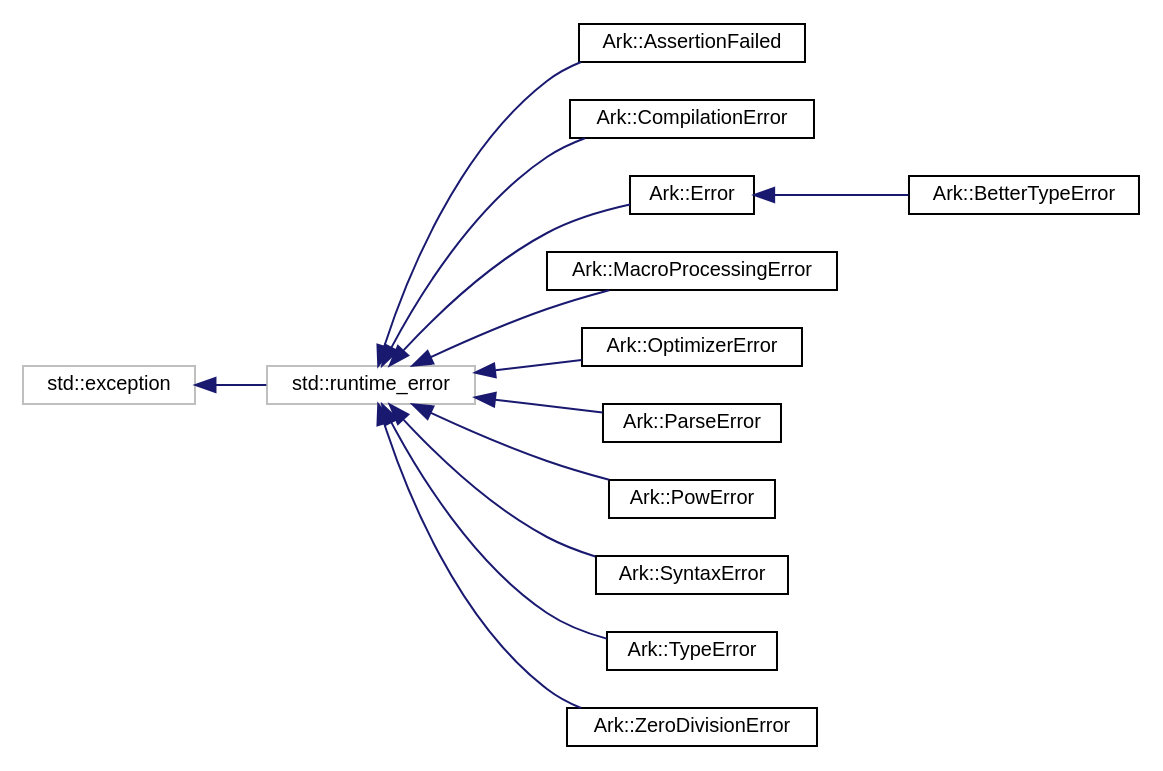
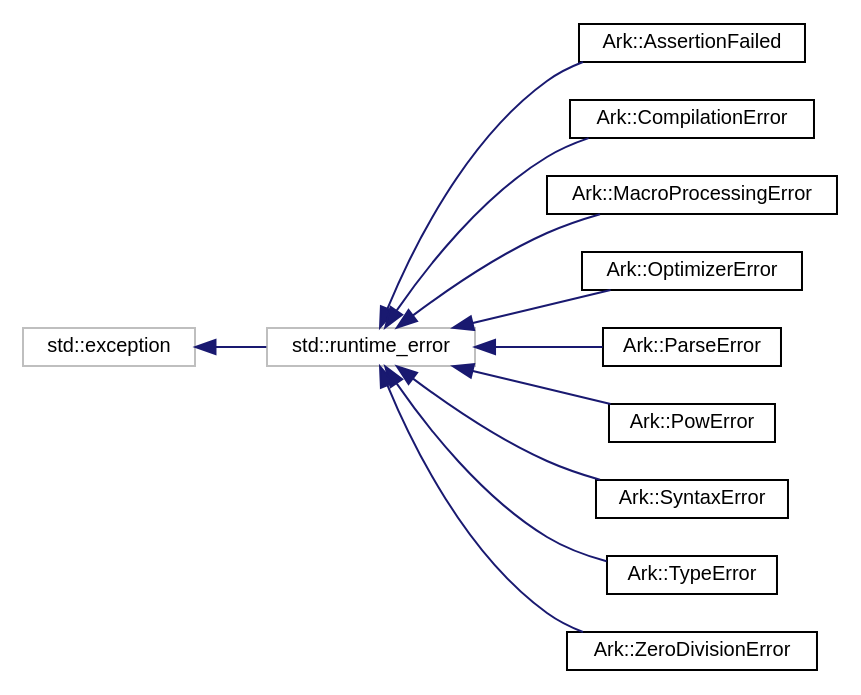
The diagram in docs/impl/inherit_graph_0.dot (ArkScript-lang/old-website), drawn with Graphviz before and after one commit. The commit also changed 558 other files, not shown here.

```diff
--- a/docs/impl/inherit_graph_0.dot
+++ b/docs/impl/inherit_graph_0.dot
@@ -1,33 +1,29 @@
 digraph "Graphical Class Hierarchy"
 {
  // INTERACTIVE_SVG=YES
  // LATEX_PDF_SIZE
   edge [fontname="Helvetica",fontsize="10",labelfontname="Helvetica",labelfontsize="10"];
   node [fontname="Helvetica",fontsize="10",shape=record];
   rankdir="LR";
-  Node5 [label="std::exception",height=0.2,width=0.4,color="grey75", fillcolor="white", style="filled",tooltip=" "];
-  Node5 -> Node6 [dir="back",color="midnightblue",fontsize="10",style="solid",fontname="Helvetica"];
-  Node6 [label="std::runtime_error",height=0.2,width=0.4,color="grey75", fillcolor="white", style="filled",tooltip=" "];
-  Node6 -> Node0 [dir="back",color="midnightblue",fontsize="10",style="solid",fontname="Helvetica"];
+  Node6 [label="std::exception",height=0.2,width=0.4,color="grey75", fillcolor="white", style="filled",tooltip=" "];
+  Node6 -> Node7 [dir="back",color="midnightblue",fontsize="10",style="solid",fontname="Helvetica"];
+  Node7 [label="std::runtime_error",height=0.2,width=0.4,color="grey75", fillcolor="white", style="filled",tooltip=" "];
+  Node7 -> Node0 [dir="back",color="midnightblue",fontsize="10",style="solid",fontname="Helvetica"];
   Node0 [label="Ark::AssertionFailed",height=0.2,width=0.4,color="black", fillcolor="white", style="filled",URL="$d3/df9/classArk_1_1AssertionFailed.html",tooltip="An assertion error, only triggered from ArkScript code through (assert expr error-message)"];
-  Node6 -> Node8 [dir="back",color="midnightblue",fontsize="10",style="solid",fontname="Helvetica"];
-  Node8 [label="Ark::CompilationError",height=0.2,width=0.4,color="black", fillcolor="white", style="filled",URL="$d4/d64/classArk_1_1CompilationError.html",tooltip="CompilationError thrown by the compiler."];
-  Node6 -> Node9 [dir="back",color="midnightblue",fontsize="10",style="solid",fontname="Helvetica"];
-  Node9 [label="Ark::Error",height=0.2,width=0.4,color="black", fillcolor="white", style="filled",URL="$d6/d43/classArk_1_1Error.html",tooltip=" "];
-  Node9 -> Node10 [dir="back",color="midnightblue",fontsize="10",style="solid",fontname="Helvetica"];
-  Node10 [label="Ark::BetterTypeError",height=0.2,width=0.4,color="black", fillcolor="white", style="filled",URL="$d8/d25/classArk_1_1BetterTypeError.html",tooltip="A type error triggered when types don't match."];
-  Node6 -> Node11 [dir="back",color="midnightblue",fontsize="10",style="solid",fontname="Helvetica"];
-  Node11 [label="Ark::MacroProcessingError",height=0.2,width=0.4,color="black", fillcolor="white", style="filled",URL="$d7/d7c/classArk_1_1MacroProcessingError.html",tooltip="MacroProcessingError thrown by the compiler."];
-  Node6 -> Node12 [dir="back",color="midnightblue",fontsize="10",style="solid",fontname="Helvetica"];
-  Node12 [label="Ark::OptimizerError",height=0.2,width=0.4,color="black", fillcolor="white", style="filled",URL="$d6/d47/classArk_1_1OptimizerError.html",tooltip="OptimizerError thrown by the AST optimizer."];
-  Node6 -> Node13 [dir="back",color="midnightblue",fontsize="10",style="solid",fontname="Helvetica"];
-  Node13 [label="Ark::ParseError",height=0.2,width=0.4,color="black", fillcolor="white", style="filled",URL="$d9/d1a/classArk_1_1ParseError.html",tooltip="ParseError thrown by the parser."];
-  Node6 -> Node14 [dir="back",color="midnightblue",fontsize="10",style="solid",fontname="Helvetica"];
-  Node14 [label="Ark::PowError",height=0.2,width=0.4,color="black", fillcolor="white", style="filled",URL="$d8/d05/classArk_1_1PowError.html",tooltip="A pow error triggered when we can't do a pow b."];
-  Node6 -> Node15 [dir="back",color="midnightblue",fontsize="10",style="solid",fontname="Helvetica"];
-  Node15 [label="Ark::SyntaxError",height=0.2,width=0.4,color="black", fillcolor="white", style="filled",URL="$dd/d6d/classArk_1_1SyntaxError.html",tooltip="SyntaxError thrown by the lexer."];
-  Node6 -> Node16 [dir="back",color="midnightblue",fontsize="10",style="solid",fontname="Helvetica"];
-  Node16 [label="Ark::TypeError",height=0.2,width=0.4,color="black", fillcolor="white", style="filled",URL="$d2/d26/classArk_1_1TypeError.html",tooltip="A type error triggered when types don't match."];
-  Node6 -> Node17 [dir="back",color="midnightblue",fontsize="10",style="solid",fontname="Helvetica"];
-  Node17 [label="Ark::ZeroDivisionError",height=0.2,width=0.4,color="black", fillcolor="white", style="filled",URL="$da/d18/classArk_1_1ZeroDivisionError.html",tooltip="A special zero division error triggered when a number is divided by 0."];
+  Node7 -> Node9 [dir="back",color="midnightblue",fontsize="10",style="solid",fontname="Helvetica"];
+  Node9 [label="Ark::CompilationError",height=0.2,width=0.4,color="black", fillcolor="white", style="filled",URL="$d4/d64/classArk_1_1CompilationError.html",tooltip="CompilationError thrown by the compiler."];
+  Node7 -> Node10 [dir="back",color="midnightblue",fontsize="10",style="solid",fontname="Helvetica"];
+  Node10 [label="Ark::MacroProcessingError",height=0.2,width=0.4,color="black", fillcolor="white", style="filled",URL="$d7/d7c/classArk_1_1MacroProcessingError.html",tooltip="MacroProcessingError thrown by the compiler."];
+  Node7 -> Node11 [dir="back",color="midnightblue",fontsize="10",style="solid",fontname="Helvetica"];
+  Node11 [label="Ark::OptimizerError",height=0.2,width=0.4,color="black", fillcolor="white", style="filled",URL="$d6/d47/classArk_1_1OptimizerError.html",tooltip="OptimizerError thrown by the AST optimizer."];
+  Node7 -> Node12 [dir="back",color="midnightblue",fontsize="10",style="solid",fontname="Helvetica"];
+  Node12 [label="Ark::ParseError",height=0.2,width=0.4,color="black", fillcolor="white", style="filled",URL="$d9/d1a/classArk_1_1ParseError.html",tooltip="ParseError thrown by the parser."];
+  Node7 -> Node13 [dir="back",color="midnightblue",fontsize="10",style="solid",fontname="Helvetica"];
+  Node13 [label="Ark::PowError",height=0.2,width=0.4,color="black", fillcolor="white", style="filled",URL="$d8/d05/classArk_1_1PowError.html",tooltip="A pow error triggered when we can't do a pow b."];
+  Node7 -> Node14 [dir="back",color="midnightblue",fontsize="10",style="solid",fontname="Helvetica"];
+  Node14 [label="Ark::SyntaxError",height=0.2,width=0.4,color="black", fillcolor="white", style="filled",URL="$dd/d6d/classArk_1_1SyntaxError.html",tooltip="SyntaxError thrown by the lexer."];
+  Node7 -> Node15 [dir="back",color="midnightblue",fontsize="10",style="solid",fontname="Helvetica"];
+  Node15 [label="Ark::TypeError",height=0.2,width=0.4,color="black", fillcolor="white", style="filled",URL="$d2/d26/classArk_1_1TypeError.html",tooltip="A type error triggered when types don't match."];
+  Node7 -> Node16 [dir="back",color="midnightblue",fontsize="10",style="solid",fontname="Helvetica"];
+  Node16 [label="Ark::ZeroDivisionError",height=0.2,width=0.4,color="black", fillcolor="white", style="filled",URL="$da/d18/classArk_1_1ZeroDivisionError.html",tooltip="A special zero division error triggered when a number is divided by 0."];
 }
```
